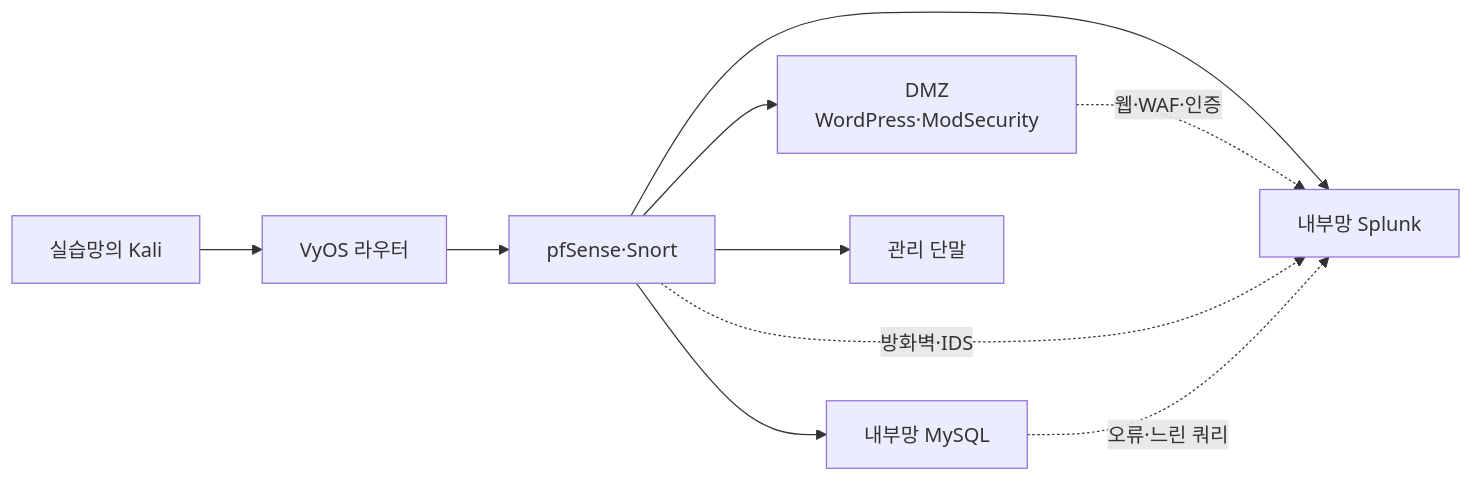
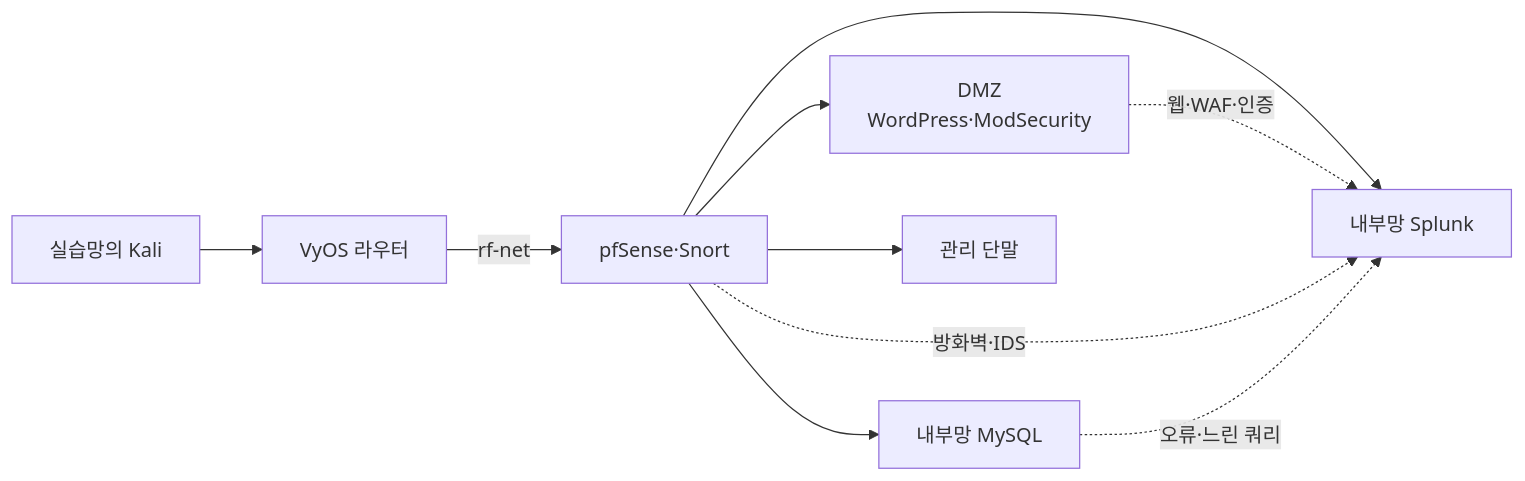
Before and after one commit to acvbbnm/siem-project: the diagram in network/README.md, drawn with Mermaid. The commit also changed other lines of this file and 8 other files, not shown here.

```diff
--- a/network/README.md
+++ b/network/README.md
@@ -9,12 +9,12 @@
 ~~~mermaid
 flowchart LR
     A["실습망의 Kali"] --> V["VyOS 라우터"]
-    V --> F["pfSense·Snort"]
+    V -->|"rf-net"| F["pfSense·Snort"]
     F --> W["DMZ<br/>WordPress·ModSecurity"]
     F --> D["내부망 MySQL"]
     F --> S["내부망 Splunk"]
     F --> M["관리 단말"]
     W -. "웹·WAF·인증" .-> S
     F -. "방화벽·IDS" .-> S
     D -. "오류·느린 쿼리" .-> S
 ~~~
```
